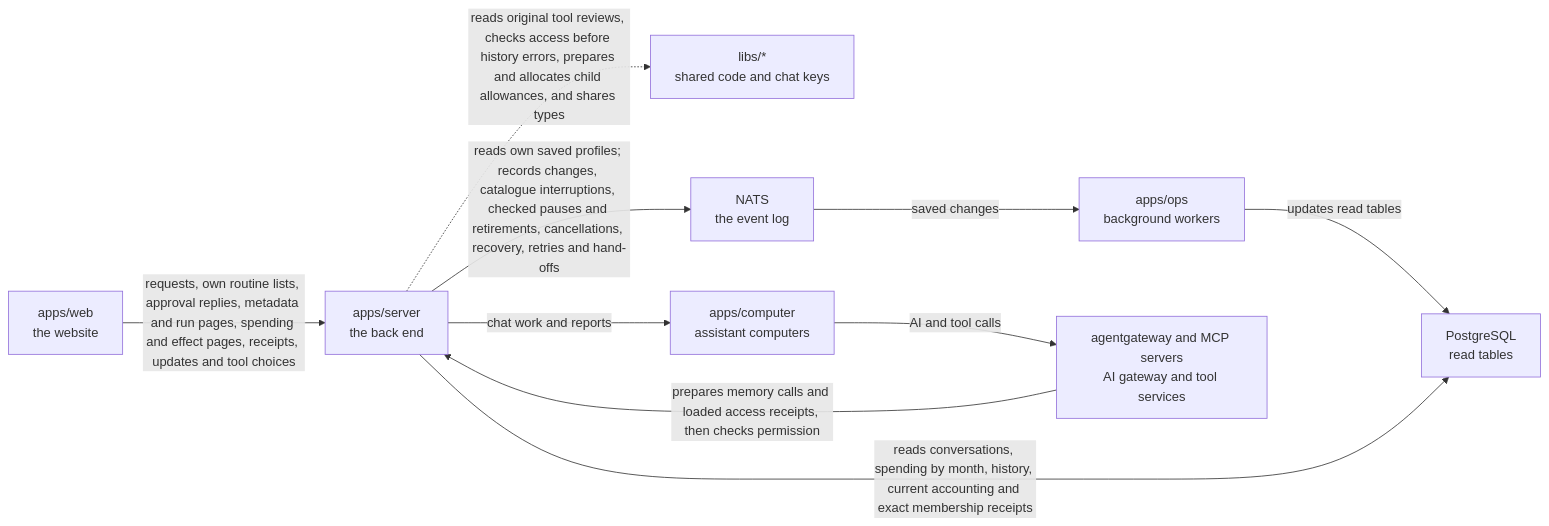
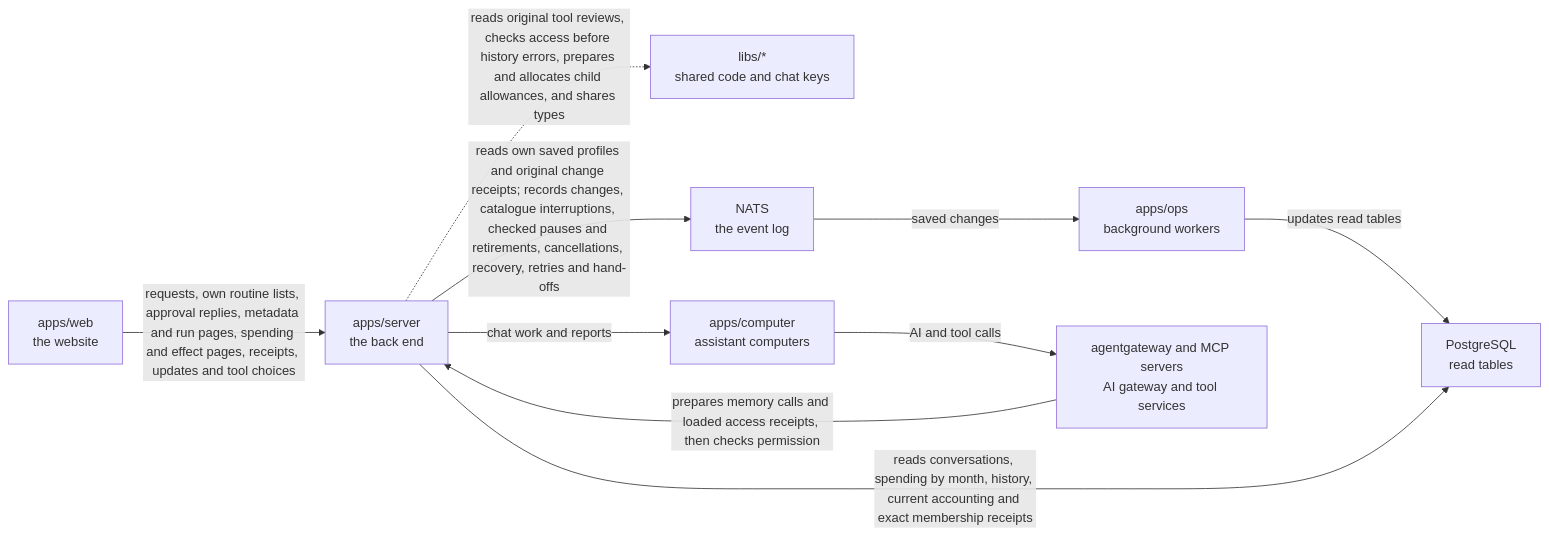
Before and after one commit to elewa-git/opencrane-new: the diagram in apps/server/README.md, drawn with Mermaid. The commit also changed other lines of this file and 9 other files, not shown here.

Commit message:
✨ Add original personal connection change receipts

````diff
--- a/apps/server/README.md
+++ b/apps/server/README.md
@@ -60,12 +60,12 @@
 ```mermaid
 flowchart LR
   web["apps/web<br/>the website"] -->|requests, own routine lists, approval replies, metadata and run pages, spending and effect pages, receipts, updates and tool choices| server["apps/server<br/>the back end"]
   server -.->|reads original tool reviews, checks access before history errors, prepares and allocates child allowances, and shares types| libs["libs/*<br/>shared code and chat keys"]
-  server -->|reads own saved profiles; records changes, catalogue interruptions, checked pauses and retirements, cancellations, recovery, retries and hand-offs| nats["NATS<br/>the event log"]
+  server -->|reads own saved profiles and original change receipts; records changes, catalogue interruptions, checked pauses and retirements, cancellations, recovery, retries and hand-offs| nats["NATS<br/>the event log"]
   nats -->|saved changes| ops["apps/ops<br/>background workers"]
   ops -->|updates read tables| postgres["PostgreSQL<br/>read tables"]
   server -->|reads conversations, spending by month, history, current accounting and exact membership receipts| postgres
   server -->|chat work and reports| computer["apps/computer<br/>assistant computers"]
   computer -->|AI and tool calls| runtime["agentgateway and MCP servers<br/>AI gateway and tool services"]
   runtime -->|prepares memory calls and loaded access receipts, then checks permission| server
 ```
````
